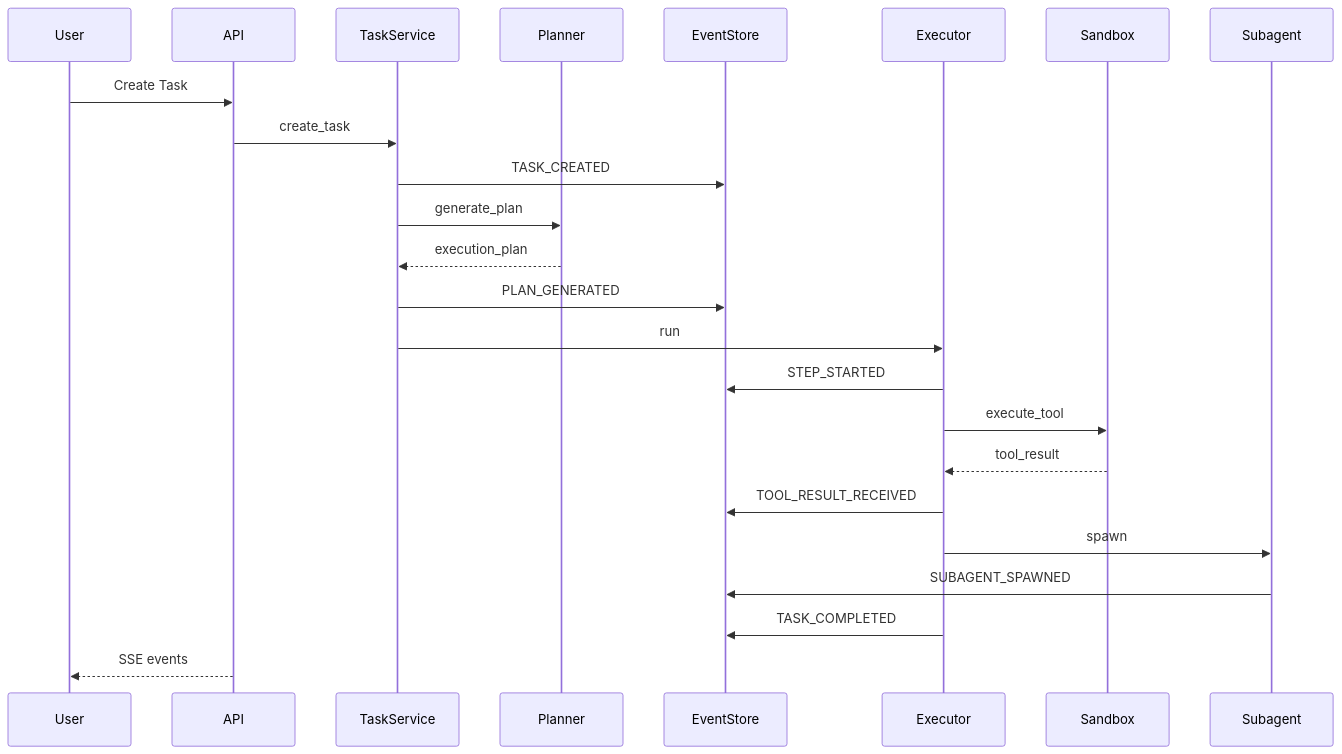
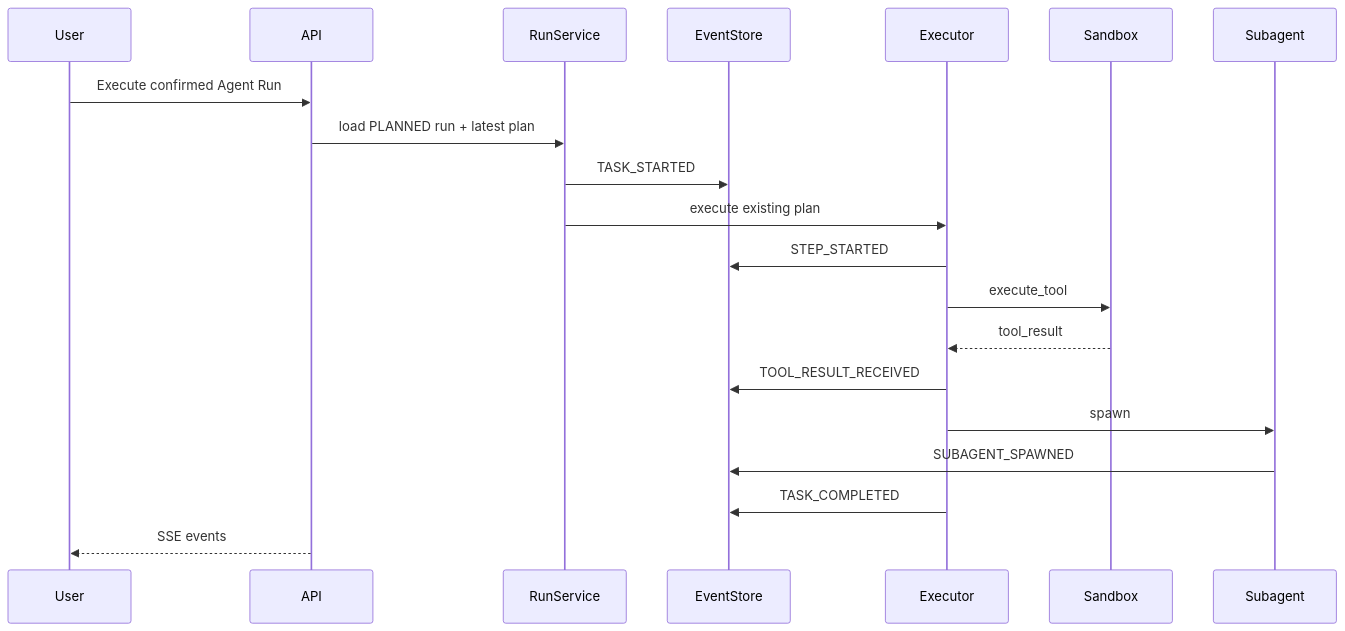
One commit to luohao0308/harness changed the third of 3 diagrams in docs/human/03-system-architecture.md. Above: the diagram before and after it, drawn with Mermaid. The commit also changed other lines of this file and 113 other files, not shown here.

````diff
--- a/docs/human/03-system-architecture.md
+++ b/docs/human/03-system-architecture.md
@@ -92,27 +165,23 @@
 ```mermaid
 sequenceDiagram
     participant User
     participant API
-    participant TaskService
-    participant Planner
+    participant RunService
     participant EventStore
     participant Executor
     participant Sandbox
     participant Subagent
 
-    User->>API: Create Task
-    API->>TaskService: create_task
-    TaskService->>EventStore: TASK_CREATED
-    TaskService->>Planner: generate_plan
-    Planner-->>TaskService: execution_plan
-    TaskService->>EventStore: PLAN_GENERATED
-    TaskService->>Executor: run
+    User->>API: Execute confirmed Agent Run
+    API->>RunService: load PLANNED run + latest plan
+    RunService->>EventStore: TASK_STARTED
+    RunService->>Executor: execute existing plan
     Executor->>EventStore: STEP_STARTED
     Executor->>Sandbox: execute_tool
     Sandbox-->>Executor: tool_result
     Executor->>EventStore: TOOL_RESULT_RECEIVED
     Executor->>Subagent: spawn
     Subagent->>EventStore: SUBAGENT_SPAWNED
     Executor->>EventStore: TASK_COMPLETED
     API-->>User: SSE events
 ```
````
